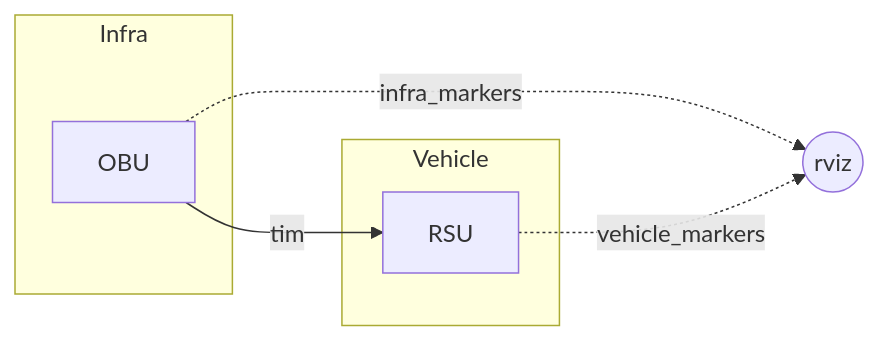
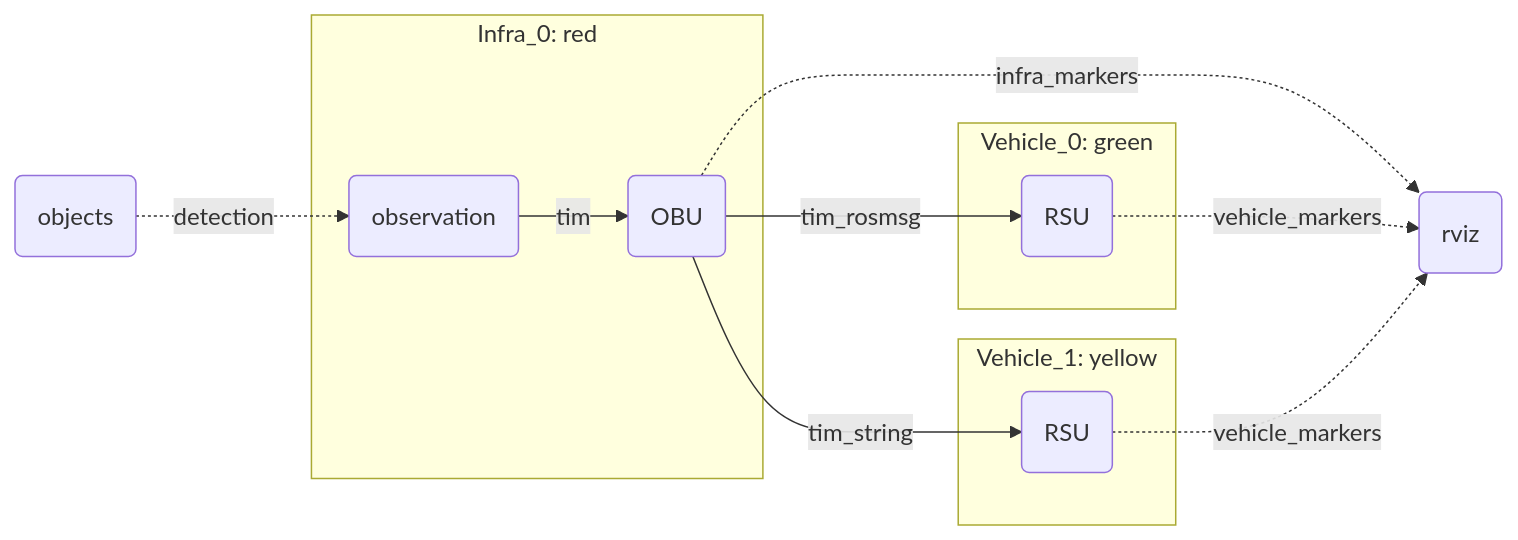
One commit to TypingCat/tim changed the diagram in README.md. Above: the diagram before and after it, drawn with Mermaid. The commit also changed other lines of this file and 6 other files, not shown here.

````diff
--- a/README.md
+++ b/README.md
@@ -23,14 +91,20 @@
 ``` mermaid
 graph LR
-subgraph Infra
-    OBU
+subgraph Infra_0: red
+    observation(observation) -->|tim| OBU(OBU)
 end
-subgraph Vehicle
-    RSU
+subgraph Vehicle_0: green
+    RSU_0(RSU)
 end
-OBU -->|tim| RSU
+subgraph Vehicle_1: yellow
+    RSU_1(RSU)
+end
+objects(objects) -.->|detection| observation
+OBU -->|tim_rosmsg| RSU_0
+OBU -->|tim_string| RSU_1
 
-rviz((rviz))
+rviz(rviz)
 OBU -.->|infra_markers| rviz
-RSU -.->|vehicle_markers| rviz
+RSU_0 -.->|vehicle_markers| rviz
+RSU_1 -.->|vehicle_markers| rviz
 ```
````
